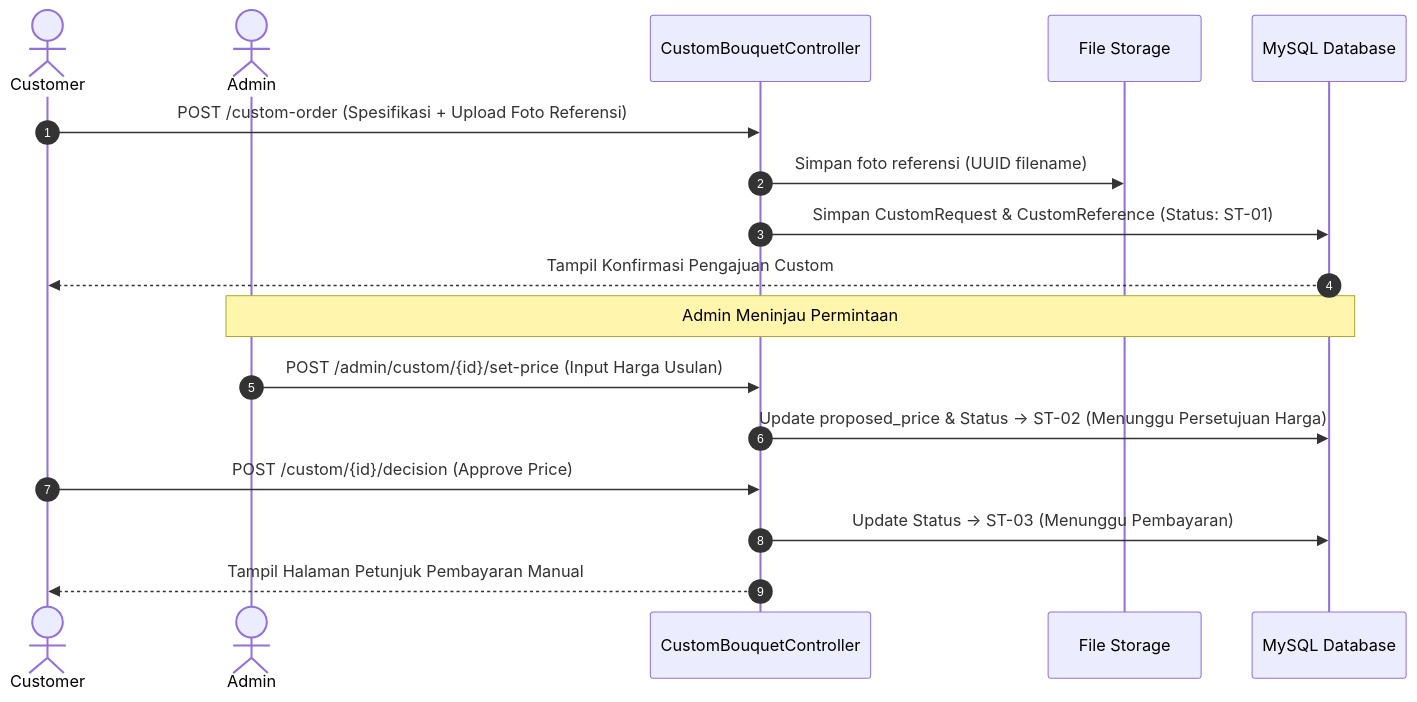
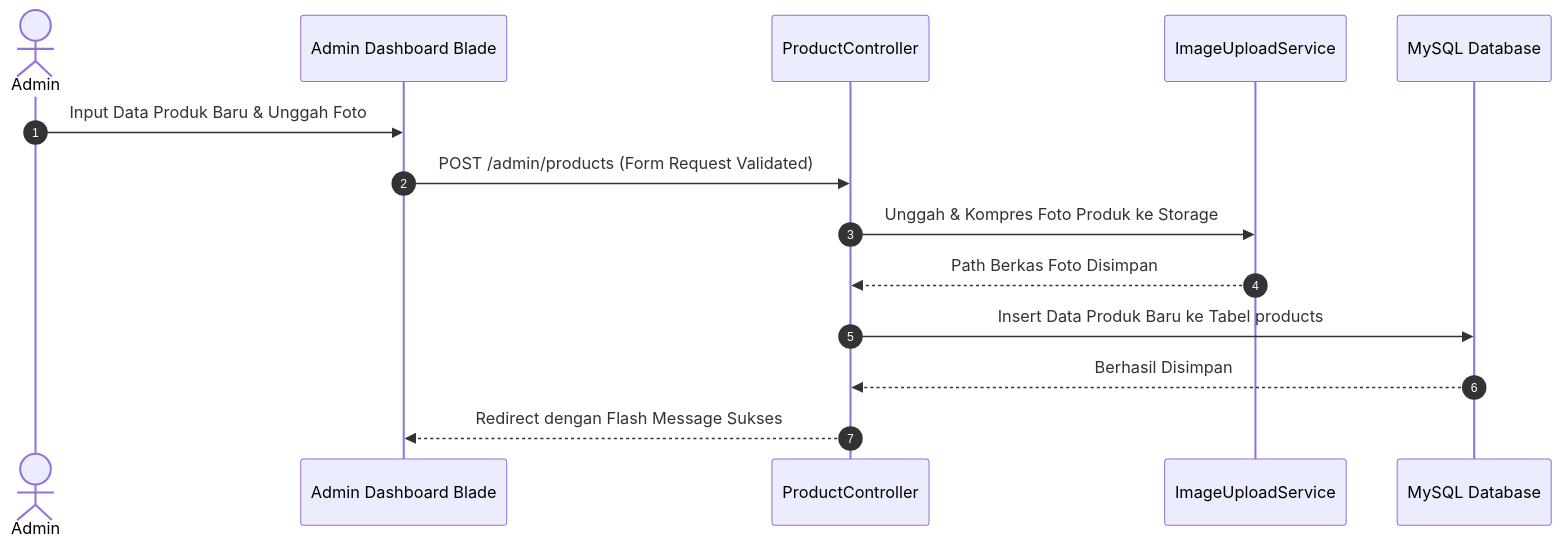
The sixth of 7 diagrams in architecture.md (Elfend11/buketbunga), drawn with Mermaid before and after one commit. The commit also changed other lines of this file and 89 other files, not shown here.

````diff
--- a/architecture.md
+++ b/architecture.md
@@ -209,22 +243,17 @@
 ```mermaid
 sequenceDiagram
     autonumber
-    actor C as Customer
     actor A as Admin
-    participant Ctrl as CustomBouquetController
-    participant Store as File Storage
+    participant V as Admin Dashboard Blade
+    participant Ctrl as ProductController
+    participant Svc as ImageUploadService
     participant DB as MySQL Database
-    
-    C->>Ctrl: POST /custom-order (Spesifikasi + Upload Foto Referensi)
-    Ctrl->>Store: Simpan foto referensi (UUID filename)
-    Ctrl->>DB: Simpan CustomRequest & CustomReference (Status: ST-01)
-    DB-->>C: Tampil Konfirmasi Pengajuan Custom
-    
-    Note over A,DB: Admin Meninjau Permintaan
-    A->>Ctrl: POST /admin/custom/{id}/set-price (Input Harga Usulan)
-    Ctrl->>DB: Update proposed_price & Status -> ST-02 (Menunggu Persetujuan Harga)
-    
-    C->>Ctrl: POST /custom/{id}/decision (Approve Price)
-    Ctrl->>DB: Update Status -> ST-03 (Menunggu Pembayaran)
-    Ctrl-->>C: Tampil Halaman Petunjuk Pembayaran Manual
+
+    A->>V: Input Data Produk Baru & Unggah Foto
+    V->>Ctrl: POST /admin/products (Form Request Validated)
+    Ctrl->>Svc: Unggah & Kompres Foto Produk ke Storage
+    Svc-->>Ctrl: Path Berkas Foto Disimpan
+    Ctrl->>DB: Insert Data Produk Baru ke Tabel products
+    DB-->>Ctrl: Berhasil Disimpan
+    Ctrl-->>V: Redirect dengan Flash Message Sukses
 ```
````
